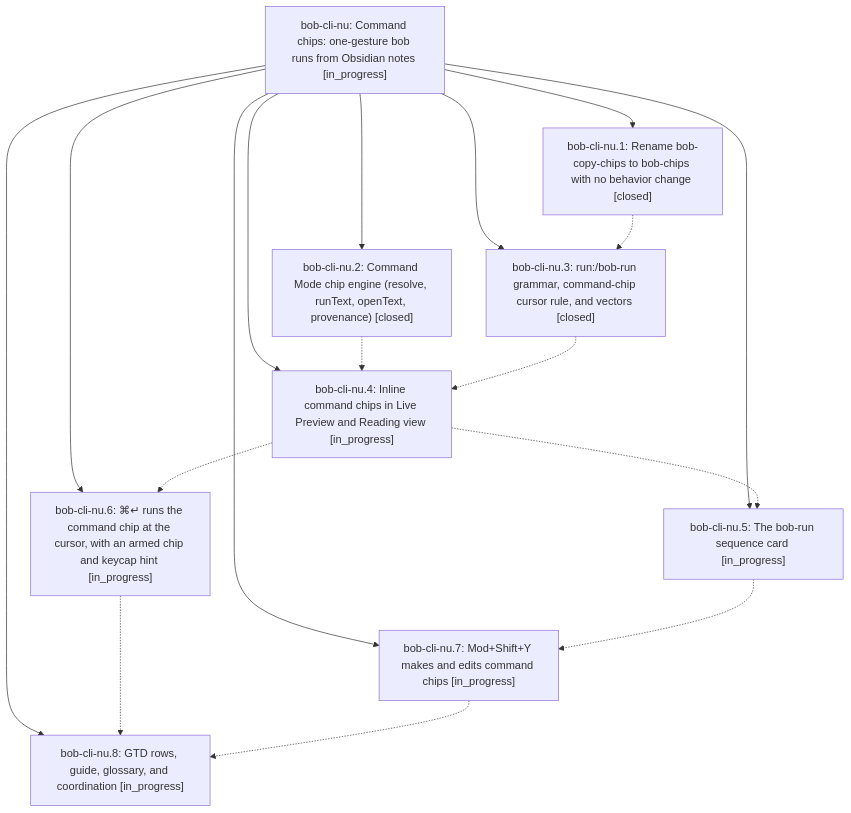
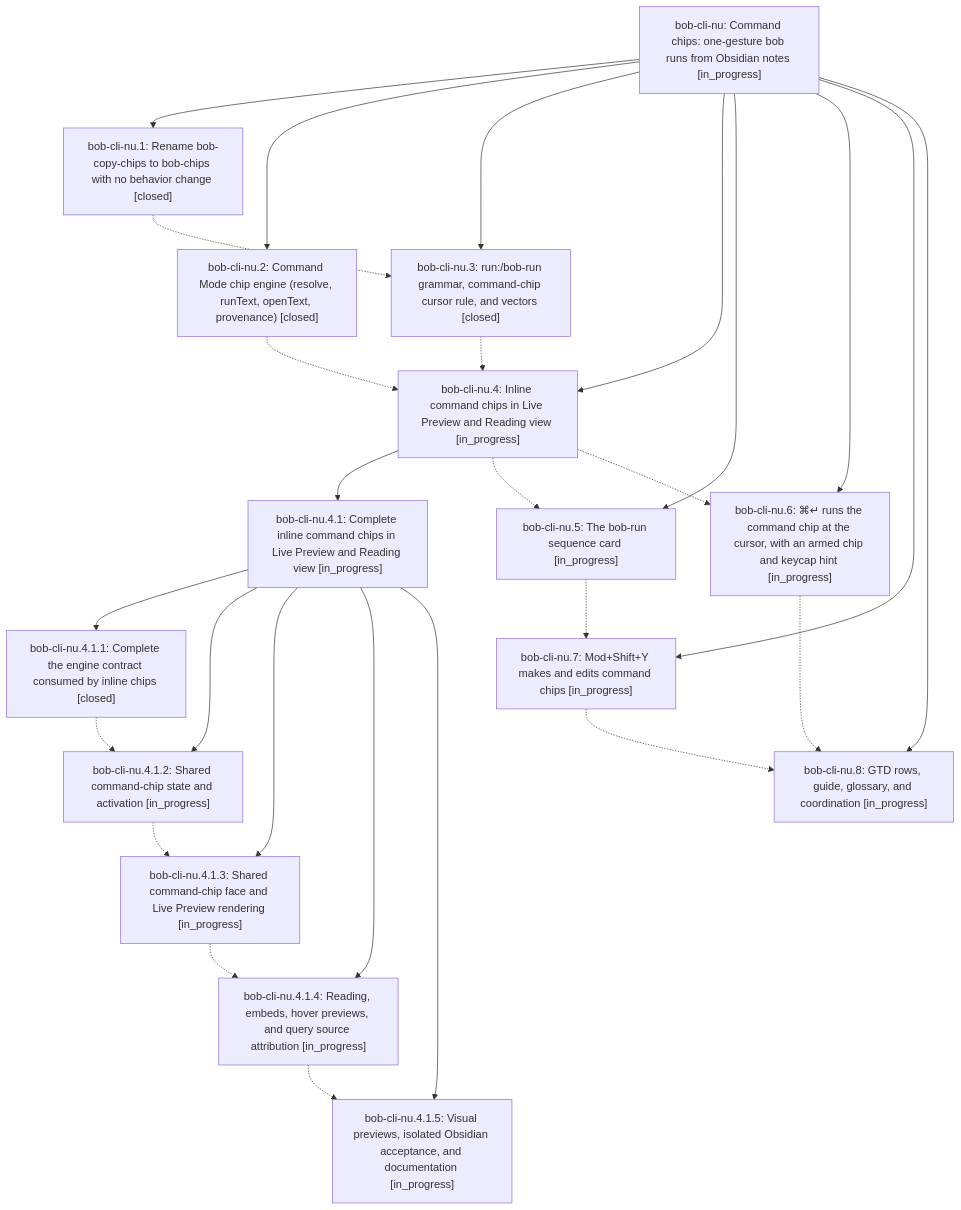
The diagram in pages/bob-cli-nu/README.md (bobs-org/bob-cli--beads), drawn with Mermaid before and after one commit. The commit also changed other lines of this file and 9 other files, not shown here.

First line of the commit message:
chore(beads): sync bead state and pages for bob-cli-nu

````diff
--- a/pages/bob-cli-nu/README.md
+++ b/pages/bob-cli-nu/README.md
@@ -41,28 +45,44 @@
 ```mermaid
 flowchart TD
     n0["bob-cli-nu: Command chips: one-gesture bob runs from Obsidian notes [in_progress]"]
     n1["bob-cli-nu.1: Rename bob-copy-chips to bob-chips with no behavior change [closed]"]
     n2["bob-cli-nu.2: Command Mode chip engine (resolve, runText, openText, provenance) [closed]"]
     n3["bob-cli-nu.3: run:/bob-run grammar, command-chip cursor rule, and vectors [closed]"]
     n4["bob-cli-nu.4: Inline command chips in Live Preview and Reading view [in_progress]"]
-    n5["bob-cli-nu.5: The bob-run sequence card [in_progress]"]
-    n6["bob-cli-nu.6: ⌘↵ runs the command chip at the cursor, with an armed chip and keycap hint [in_progress]"]
-    n7["bob-cli-nu.7: Mod+Shift+Y makes and edits command chips [in_progress]"]
-    n8["bob-cli-nu.8: GTD rows, guide, glossary, and coordination [in_progress]"]
+    n5["bob-cli-nu.4.1: Complete inline command chips in Live Preview and Reading view [in_progress]"]
+    n6["bob-cli-nu.4.1.1: Complete the engine contract consumed by inline chips [closed]"]
+    n7["bob-cli-nu.4.1.2: Shared command-chip state and activation [in_progress]"]
+    n8["bob-cli-nu.4.1.3: Shared command-chip face and Live Preview rendering [in_progress]"]
+    n9["bob-cli-nu.4.1.4: Reading, embeds, hover previews, and query source attribution [in_progress]"]
+    n10["bob-cli-nu.4.1.5: Visual previews, isolated Obsidian acceptance, and documentation [in_progress]"]
+    n11["bob-cli-nu.5: The bob-run sequence card [in_progress]"]
+    n12["bob-cli-nu.6: ⌘↵ runs the command chip at the cursor, with an armed chip and keycap hint [in_progress]"]
+    n13["bob-cli-nu.7: Mod+Shift+Y makes and edits command chips [in_progress]"]
+    n14["bob-cli-nu.8: GTD rows, guide, glossary, and coordination [in_progress]"]
     n0 --> n1
     n0 --> n2
     n0 --> n3
     n0 --> n4
-    n0 --> n5
-    n0 --> n6
-    n0 --> n7
-    n0 --> n8
+    n4 --> n5
+    n5 --> n6
+    n5 --> n7
+    n5 --> n8
+    n5 --> n9
+    n5 --> n10
+    n0 --> n11
+    n0 --> n12
+    n0 --> n13
+    n0 --> n14
     n1 -.-> n3
     n2 -.-> n4
     n3 -.-> n4
-    n4 -.-> n5
-    n4 -.-> n6
-    n5 -.-> n7
-    n6 -.-> n8
+    n4 -.-> n11
+    n4 -.-> n12
+    n6 -.-> n7
     n7 -.-> n8
+    n8 -.-> n9
+    n9 -.-> n10
+    n11 -.-> n13
+    n12 -.-> n14
+    n13 -.-> n14
 ```
````
